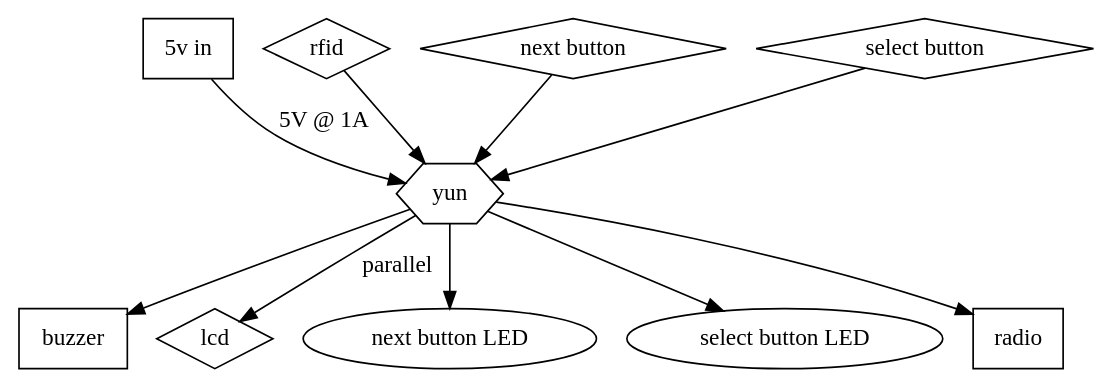
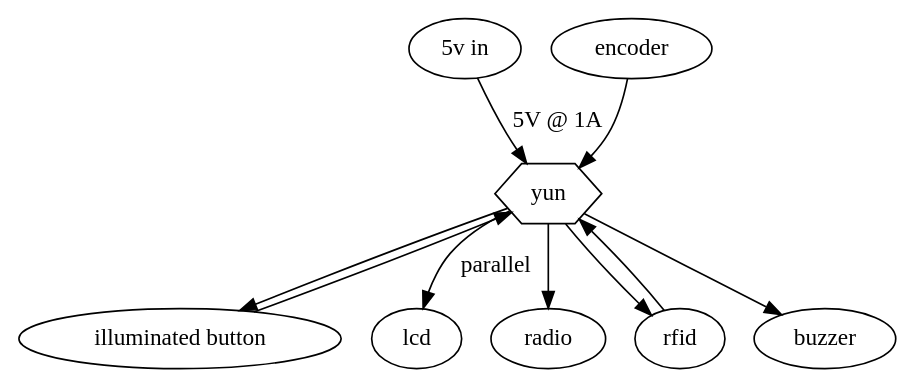
One commit to mattvenn/hackspace-power-controller changed the diagram in electronics/electrical.dot. Above: the diagram before and after it, drawn with Graphviz. The commit also changed 1 other file, not shown here.

Commit message:
updated electrical diagram

```diff
--- a/electronics/electrical.dot
+++ b/electronics/electrical.dot
@@ -1,30 +1,20 @@
 strict digraph G {
     yun[shape=hexagon];
-    buzzer[shape=box];
-    power_in[shape=box];
-    rfid[shape=diamond];
-    lcd[shape=diamond];
-    next_but[shape=diamond];
-    select_but[shape=diamond];
-    next_but_led;
-    select_but_led;
-    radio[shape=box];
+    power_in[label="power in"];
+    encoder[label="encoder"];
+    select_but[label="illuminated button"];
 
     power_in -> yun[label="5V @ 1A"];
     power_in[label="5v in"]
 
     yun -> lcd[label="parallel"];
     yun -> radio;
     rfid -> yun;
     yun -> buzzer;
-    yun -> next_but_led;
-    yun -> select_but_led;
-    next_but -> yun;
+    yun -> rfid;
+    encoder -> yun;
     select_but -> yun;
+    yun -> select_but;
 
-    next_but[label="next button"]
-    select_but[label="select button"]
-    next_but_led[label="next button LED"]
-    select_but_led[label="select button LED"]
 
 }
```
